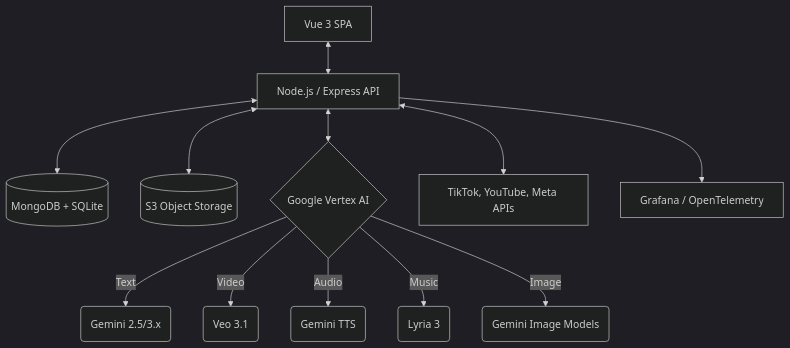
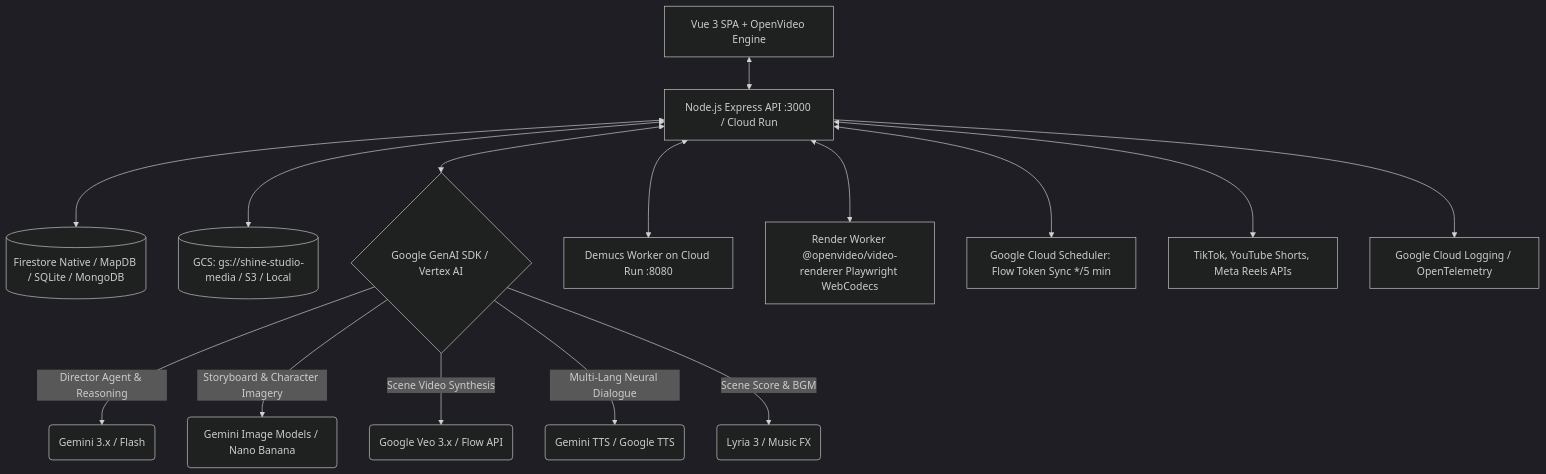
One commit to agrhub/Shine changed the first of 5 diagrams in docs/architecture-document.md. Above: the diagram before and after it, drawn with Mermaid (dark theme). The commit also changed other lines of this file and 140 other files, not shown here.

Commit message:
Integrate Google ADK, Cloudrun render and demucs worker, GCS and Pub/Sub Refacter codebase and fix bugs One-click to deploy Shine on Cloudrun and GCP

````diff
--- a/docs/architecture-document.md
+++ b/docs/architecture-document.md
@@ -7,16 +7,20 @@
 ```mermaid
 graph TD
-    Client[Vue 3 SPA] <--> API[Node.js / Express API]
-    API <--> DB[(MongoDB + SQLite)]
-    API <--> S3[(S3 Object Storage)]
+    Client[Vue 3 SPA + OpenVideo Engine] <--> API[Node.js Express API :3000 / Cloud Run]
+    API <--> DB[(Firestore Native / MapDB / SQLite / MongoDB)]
+    API <--> Storage[(GCS: gs://shine-studio-media / S3 / Local)]
     
-    API <--> VertexAI{Google Vertex AI}
-    VertexAI --> |Text| Gemini(Gemini 2.5/3.x)
-    VertexAI --> |Video| Veo(Veo 3.1)
-    VertexAI --> |Audio| TTS(Gemini TTS)
-    VertexAI --> |Music| Lyria(Lyria 3)
-    VertexAI --> |Image| Imagen(Gemini Image Models)
+    API <--> GenAI{Google GenAI SDK / Vertex AI}
+    GenAI --> |Director Agent & Reasoning| Gemini(Gemini 3.x / Flash)
+    GenAI --> |Storyboard & Character Imagery| ImageGen(Gemini Image Models / Nano Banana)
+    GenAI --> |Scene Video Synthesis| Veo(Google Veo 3.x / Flow API)
+    GenAI --> |Multi-Lang Neural Dialogue| TTS(Gemini TTS / Google TTS)
+    GenAI --> |Scene Score & BGM| Music(Lyria 3 / Music FX)
+
+    API <--> Demucs[Demucs Worker on Cloud Run :8080]
+    API <--> Renderer[Render Worker @openvideo/video-renderer Playwright WebCodecs]
+    API <--> Scheduler[Google Cloud Scheduler: Flow Token Sync */5 min]
     
-    API <--> Social[TikTok, YouTube, Meta APIs]
-    API --> Observability[Grafana / OpenTelemetry]
+    API <--> Social[TikTok, YouTube Shorts, Meta Reels APIs]
+    API --> Observability[Google Cloud Logging / OpenTelemetry]
 ```
````
